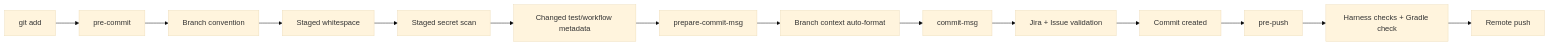
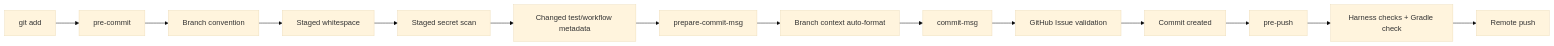
One commit to dnd-side-project/dnd-15th-2-backend changed the diagram in docs/harness/HUSKY.md. Above: the diagram before and after it, drawn with Mermaid (base theme). The commit also changed other lines of this file and 67 other files, not shown here.

````diff
--- a/docs/harness/HUSKY.md
+++ b/docs/harness/HUSKY.md
@@ -31,16 +31,16 @@
 ```mermaid
 flowchart LR
     Stage["git add"] --> PreCommit["pre-commit"]
     PreCommit --> Branch["Branch convention"]
     Branch --> Diff["Staged whitespace"]
     Diff --> Secret["Staged secret scan"]
     Secret --> Metadata["Changed test/workflow metadata"]
     Metadata --> Prepare["prepare-commit-msg"]
     Prepare --> Auto["Branch context auto-format"]
     Auto --> Message["commit-msg"]
-    Message --> Format["Jira + Issue validation"]
+    Message --> Format["GitHub Issue validation"]
     Format --> Commit["Commit created"]
     Commit --> Push["pre-push"]
     Push --> Full["Harness checks + Gradle check"]
     Full --> Remote["Remote push"]
 ```
````
